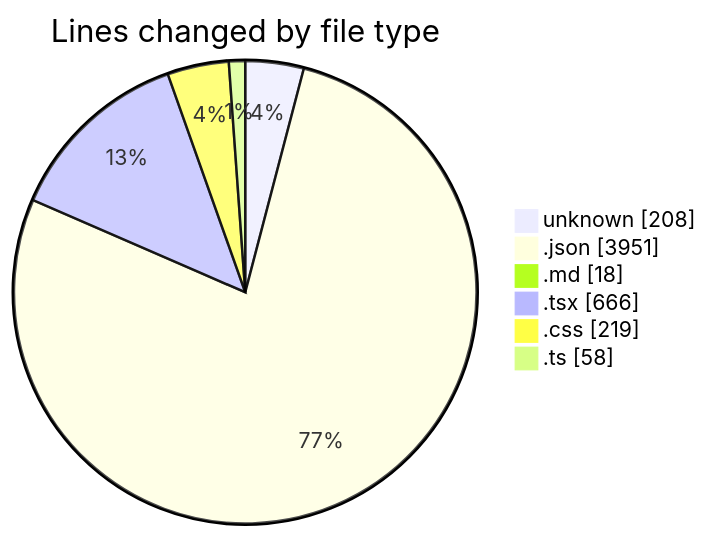
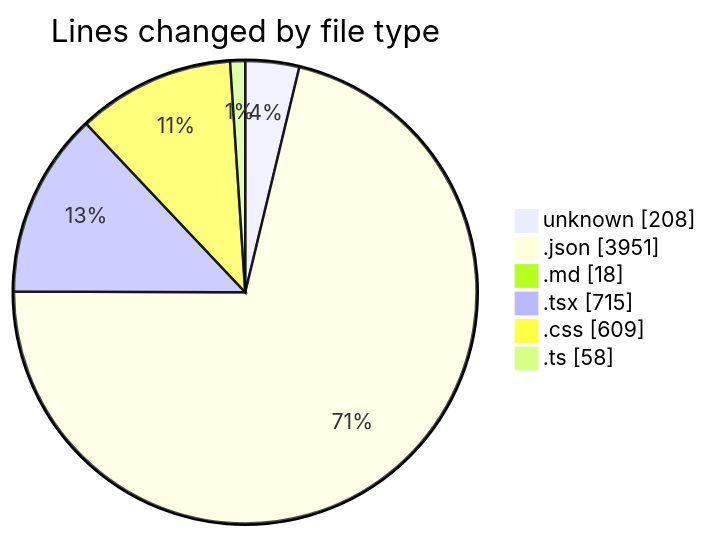
One commit to EIIisD/code-tracking changed the first of 2 diagrams in 2025-08-07/ribbon/README.md. Above: the diagram before and after it, drawn with Mermaid. The commit also changed other lines of this file and 1 other file, not shown here.

````diff
--- a/2025-08-07/ribbon/README.md
+++ b/2025-08-07/ribbon/README.md
@@ -35,10 +35,10 @@
 ```mermaid
 pie showData
 title Lines changed by file type
 "unknown" : 208
 ".json" : 3951
 ".md" : 18
-".tsx" : 666
-".css" : 219
+".tsx" : 715
+".css" : 609
 ".ts" : 58
 ```
````
